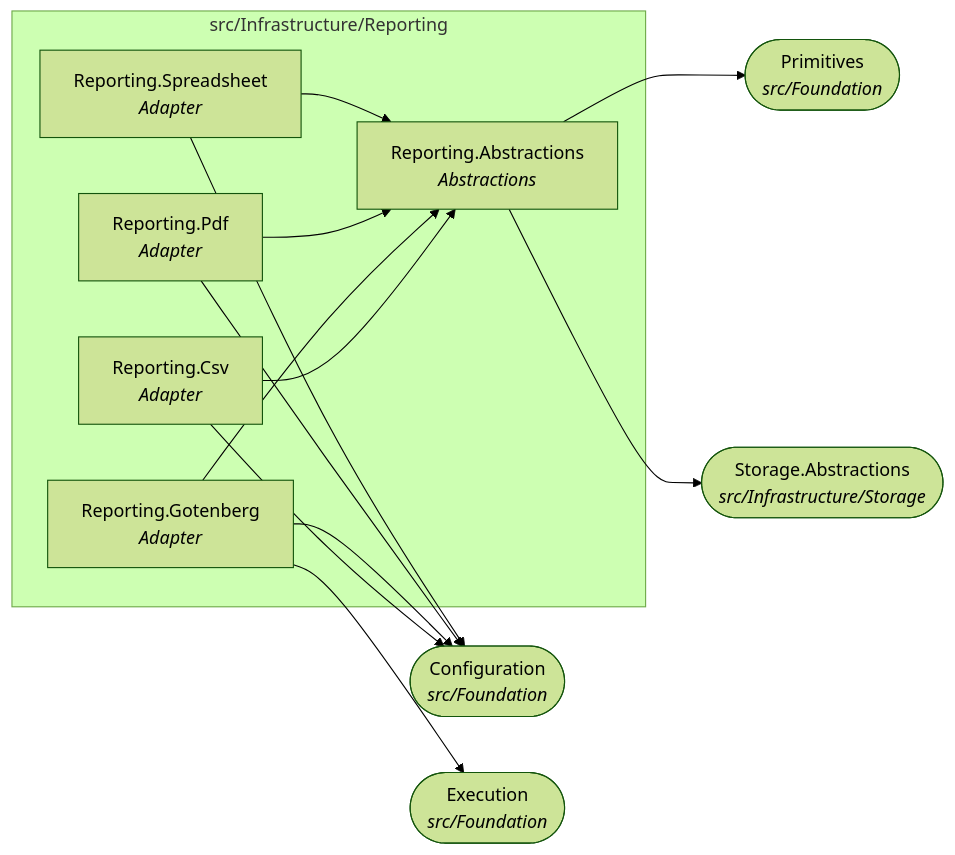
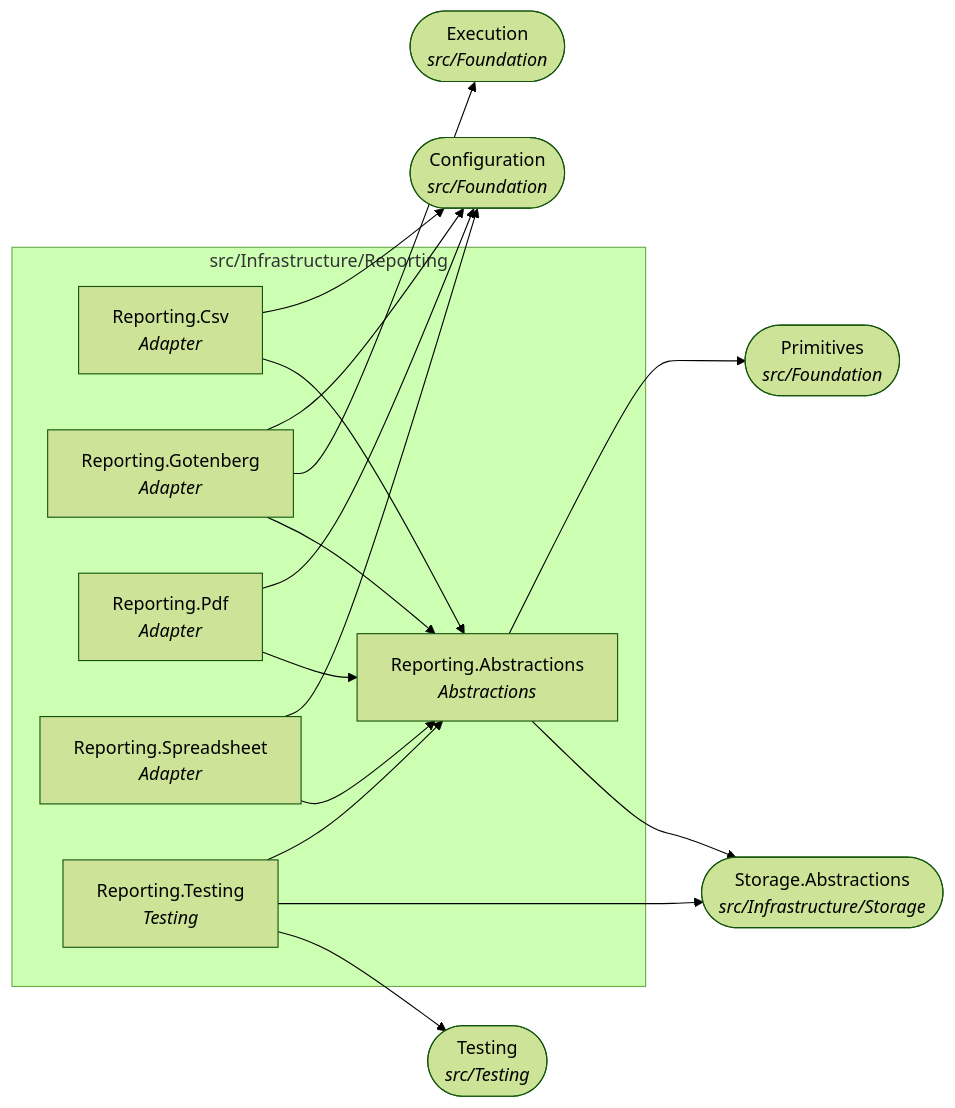
Before and after one commit to Gresta-Vertex-Labs/platform-shared-kernel: diagram 14 of 22 in docs/dependency-graph.md, drawn with Mermaid (forest theme). The commit also changed other lines of this file and 508 other files, not shown here.

````diff
--- a/docs/dependency-graph.md
+++ b/docs/dependency-graph.md
@@ -489,25 +529,30 @@
 ```mermaid
 flowchart LR
   subgraph folder_src_Infrastructure_Reporting["src/Infrastructure/Reporting"]
     SharedKernel_Reporting_Abstractions["Reporting.Abstractions<br/><i>Abstractions</i>"]
     SharedKernel_Reporting_Csv["Reporting.Csv<br/><i>Adapter</i>"]
     SharedKernel_Reporting_Gotenberg["Reporting.Gotenberg<br/><i>Adapter</i>"]
     SharedKernel_Reporting_Pdf["Reporting.Pdf<br/><i>Adapter</i>"]
     SharedKernel_Reporting_Spreadsheet["Reporting.Spreadsheet<br/><i>Adapter</i>"]
+    SharedKernel_Reporting_Testing["Reporting.Testing<br/><i>Testing</i>"]
   end
   SharedKernel_Configuration(["Configuration<br/><i>src/Foundation</i>"])
   SharedKernel_Execution(["Execution<br/><i>src/Foundation</i>"])
   SharedKernel_Primitives(["Primitives<br/><i>src/Foundation</i>"])
   SharedKernel_Storage_Abstractions(["Storage.Abstractions<br/><i>src/Infrastructure/Storage</i>"])
+  SharedKernel_Testing(["Testing<br/><i>src/Testing</i>"])
   SharedKernel_Reporting_Abstractions --> SharedKernel_Primitives
   SharedKernel_Reporting_Abstractions --> SharedKernel_Storage_Abstractions
   SharedKernel_Reporting_Csv --> SharedKernel_Configuration
   SharedKernel_Reporting_Csv --> SharedKernel_Reporting_Abstractions
   SharedKernel_Reporting_Gotenberg --> SharedKernel_Configuration
   SharedKernel_Reporting_Gotenberg --> SharedKernel_Execution
   SharedKernel_Reporting_Gotenberg --> SharedKernel_Reporting_Abstractions
   SharedKernel_Reporting_Pdf --> SharedKernel_Configuration
   SharedKernel_Reporting_Pdf --> SharedKernel_Reporting_Abstractions
   SharedKernel_Reporting_Spreadsheet --> SharedKernel_Configuration
   SharedKernel_Reporting_Spreadsheet --> SharedKernel_Reporting_Abstractions
+  SharedKernel_Reporting_Testing --> SharedKernel_Reporting_Abstractions
+  SharedKernel_Reporting_Testing --> SharedKernel_Storage_Abstractions
+  SharedKernel_Reporting_Testing --> SharedKernel_Testing
 ```
````
